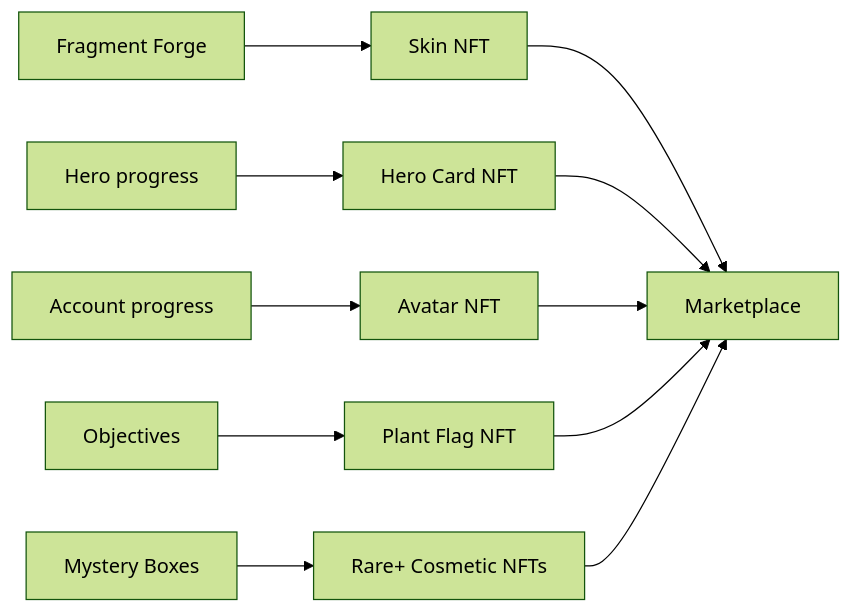
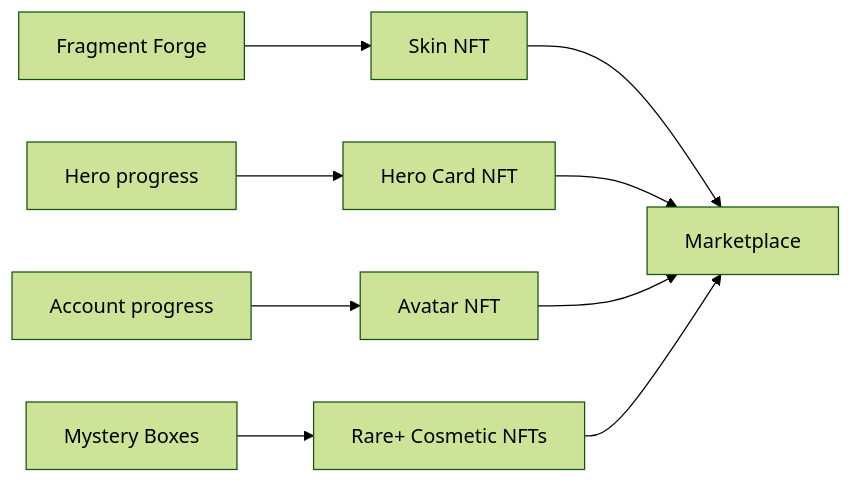
The diagram in nft-economy/nft-assets.md (jinhaozheng/debellum-gitbook), drawn with Mermaid (forest theme) before and after one commit. The commit also changed other lines of this file and 11 other files, not shown here.

Commit message:
Remove ACP token and Plant Flag content from docs

````diff
--- a/nft-economy/nft-assets.md
+++ b/nft-economy/nft-assets.md
@@ -49,9 +44,8 @@
 ```mermaid
 graph LR
     F[Fragment Forge] --> S[Skin NFT]
     HP[Hero progress] --> HC[Hero Card NFT]
     AP[Account progress] --> AV[Avatar NFT]
-    OBJ[Objectives] --> PF[Plant Flag NFT]
     BOX[Mystery Boxes] --> RARE[Rare+ Cosmetic NFTs]
-    S & HC & AV & PF & RARE --> MKT[Marketplace]
+    S & HC & AV & RARE --> MKT[Marketplace]
 ```
````
